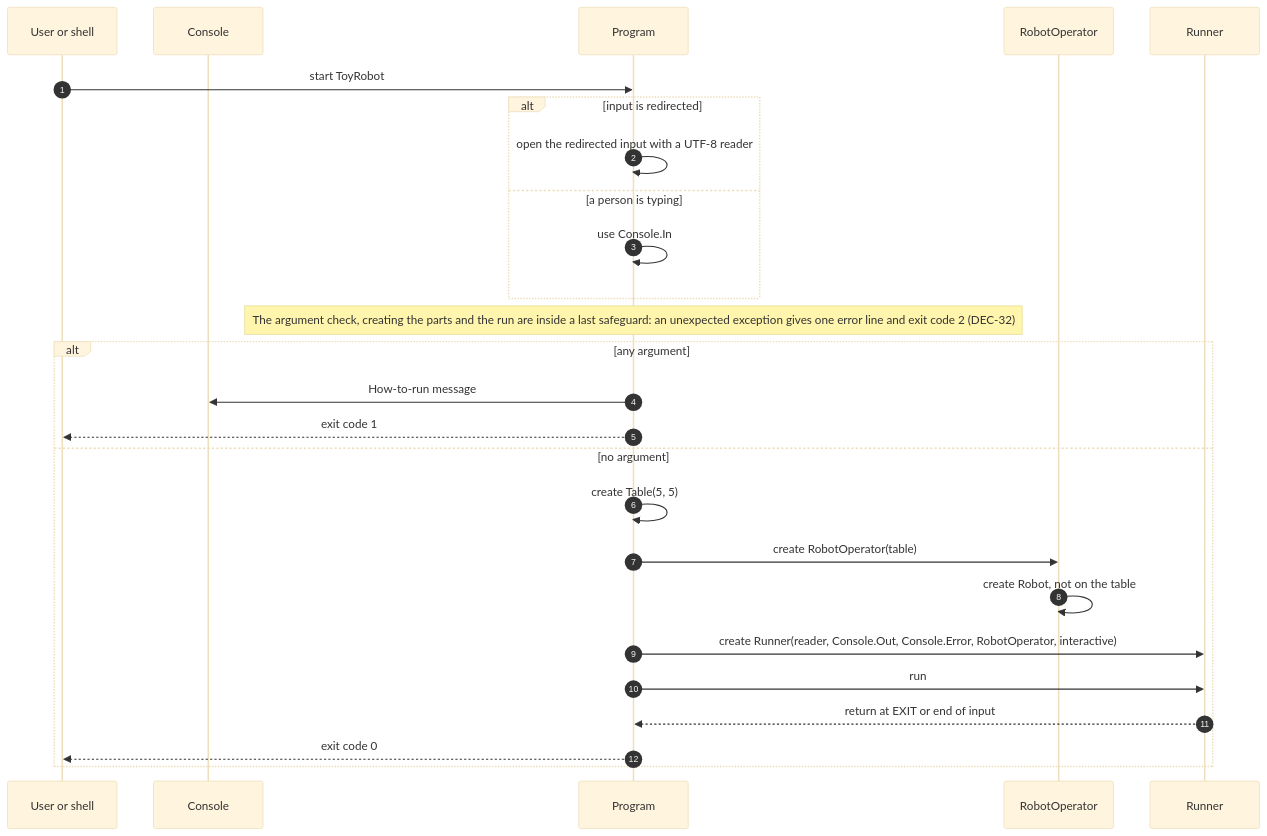
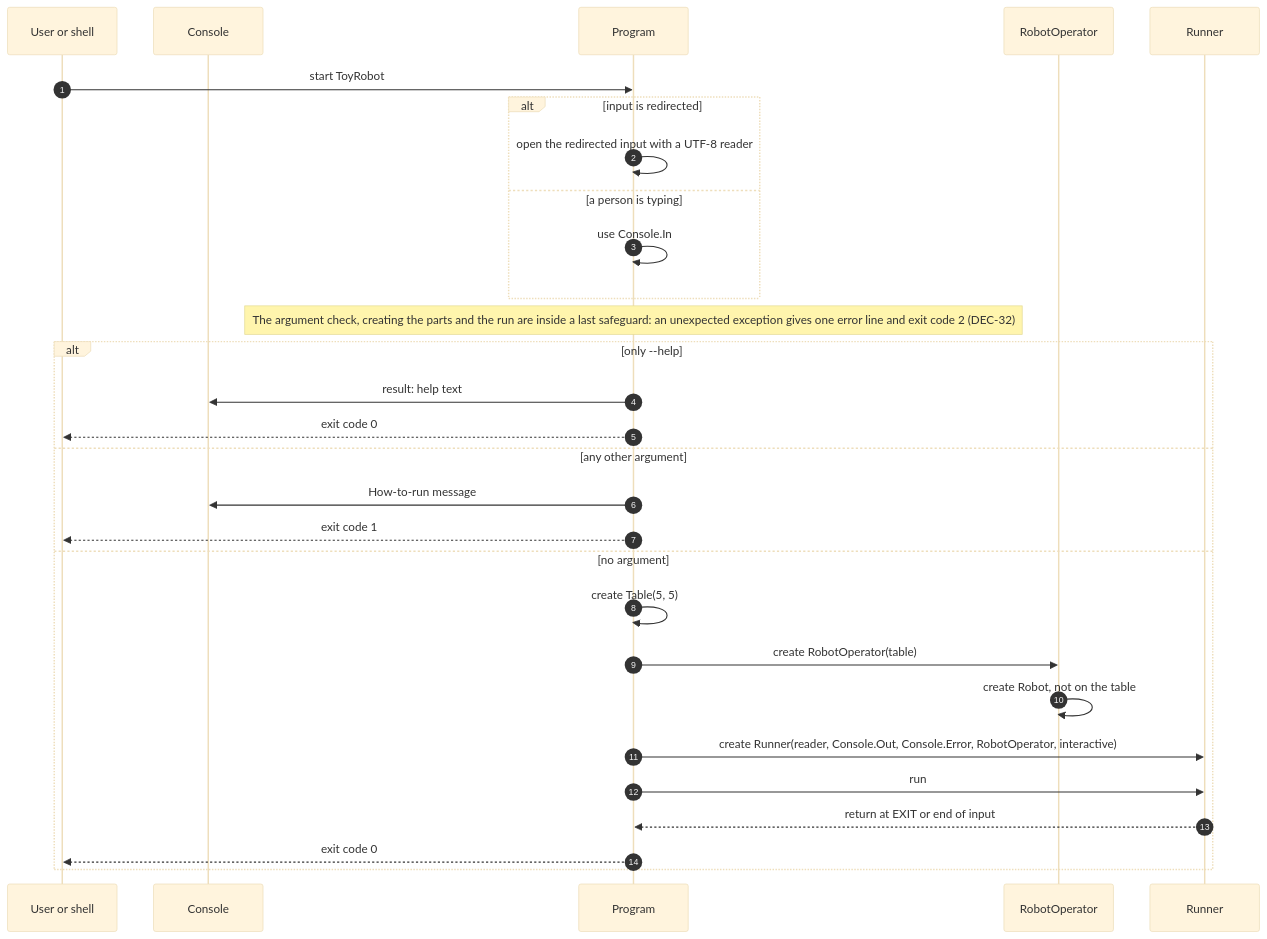
Before and after one commit to hetal-patel78/toy-robot-spec-driven: the diagram in docs/solution-design/07-logical-flow/07-start-up.md, drawn with Mermaid (base theme). The commit also changed other lines of this file and 10 other files, not shown here.

First line of the commit message:
Solution design: --help shows the help text (FR-18); FR-17 for any other argument

````diff
--- a/docs/solution-design/07-logical-flow/07-start-up.md
+++ b/docs/solution-design/07-logical-flow/07-start-up.md
@@ -9,28 +9,31 @@
 ```mermaid
 sequenceDiagram
     autonumber
     participant U as User or shell
     participant C as Console
     participant G as Program
     participant O as RobotOperator
     participant R as Runner
     U->>G: start ToyRobot
     alt input is redirected
         G->>G: open the redirected input with a UTF-8 reader
     else a person is typing
         G->>G: use Console.In
     end
     Note over G: The argument check, creating the parts and the run are inside a last safeguard: an unexpected exception gives one error line and exit code 2 (DEC-32)
-    alt any argument
+    alt only --help
+        G->>C: result: help text
+        G-->>U: exit code 0
+    else any other argument
         G->>C: How-to-run message
         G-->>U: exit code 1
     else no argument
         G->>G: create Table(5, 5)
         G->>O: create RobotOperator(table)
         O->>O: create Robot, not on the table
         G->>R: create Runner(reader, Console.Out, Console.Error, RobotOperator, interactive)
         G->>R: run
         R-->>G: return at EXIT or end of input
         G-->>U: exit code 0
     end
 ```
````
